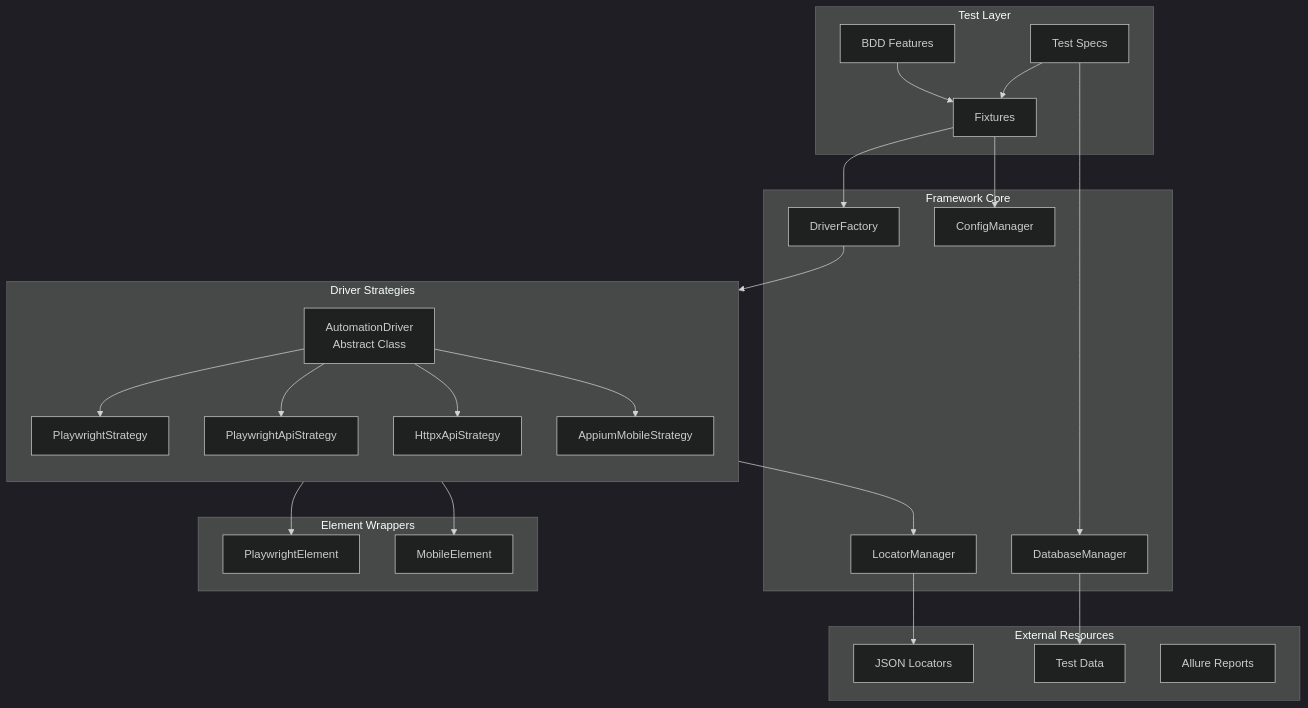
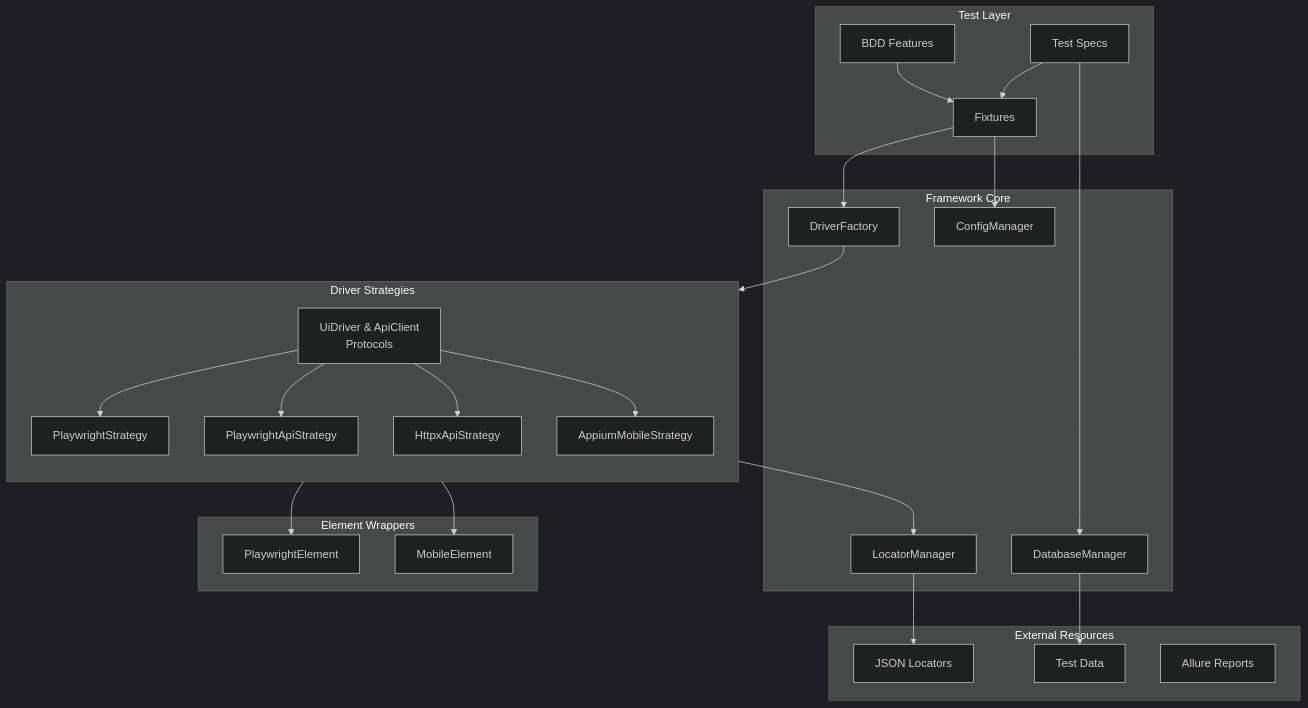
The first of 4 diagrams in docs/docs/architecture/overview.md (vinipx/TAFLEX-PY), drawn with Mermaid (dark theme) before and after one commit. The commit also changed other lines of this file and 35 other files, not shown here.

````diff
--- a/docs/docs/architecture/overview.md
+++ b/docs/docs/architecture/overview.md
@@ -23,55 +23,55 @@
 ```mermaid
 flowchart TB
     subgraph "Test Layer"
         TC[Test Specs]
         BDD[BDD Features]
         FIX[Fixtures]
     end
 
     subgraph "Framework Core"
         DF[DriverFactory]
         LM[LocatorManager]
         CM[ConfigManager]
         DB[DatabaseManager]
     end
 
     subgraph "Driver Strategies"
         direction TB
-        ADS[AutomationDriver<br/>Abstract Class]
+        ADS[UiDriver & ApiClient<br/>Protocols]
         PDS[PlaywrightStrategy]
         APIS[PlaywrightApiStrategy]
         HXP[HttpxApiStrategy]
         AMS[AppiumMobileStrategy]
     end
 
     subgraph "Element Wrappers"
         PE[PlaywrightElement]
         ME[MobileElement]
     end
 
     subgraph "External Resources"
         JSON[JSON Locators]
         DATA[Test Data]
         ALR[Allure Reports]
     end
 
     TC --> FIX
     BDD --> FIX
     FIX --> DF
     FIX --> CM
 
     DF --> ADS
     ADS --> PDS
     ADS --> APIS
     ADS --> HXP
     ADS --> AMS
 
     PDS --> PE
     AMS --> ME
 
     ADS --> LM
     LM --> JSON
 
     TC --> DB
     DB --> DATA
 ```
````
